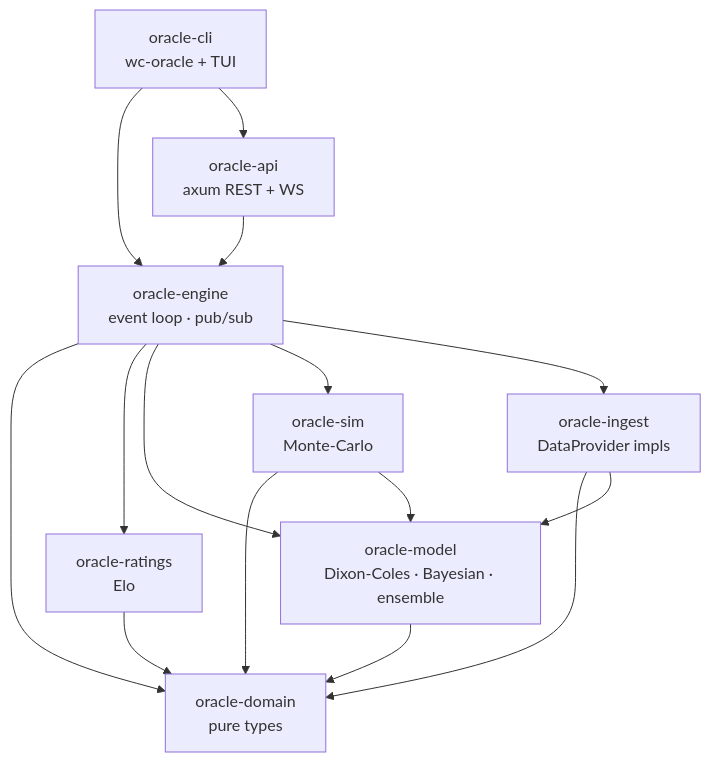
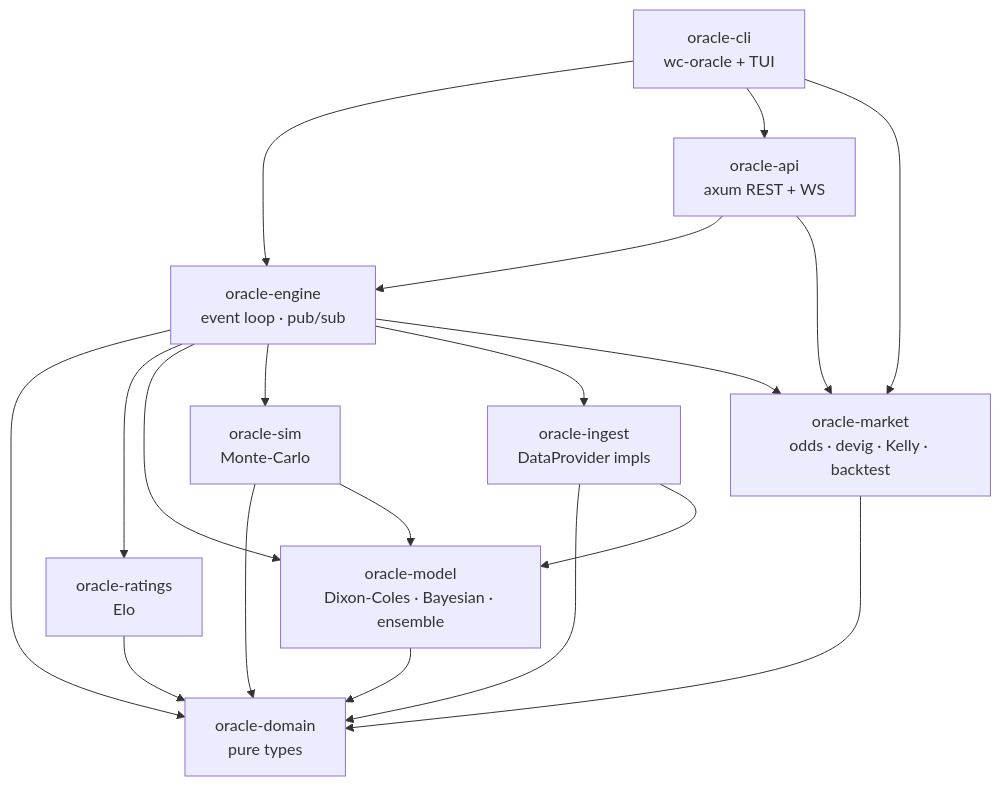
Before and after one commit to ruhan-sahasi/worldcup-oracle: the first of 2 diagrams in docs/ARCHITECTURE.md, drawn with Mermaid. The commit also changed other lines of this file and 2 other files, not shown here.

First line of the commit message:
Document the market-intelligence subsystem (12/12: market intelligence)

````diff
--- a/docs/ARCHITECTURE.md
+++ b/docs/ARCHITECTURE.md
@@ -9,26 +9,31 @@
 ```mermaid
 graph TD
     domain[oracle-domain<br/>pure types]
     ratings[oracle-ratings<br/>Elo]
     model[oracle-model<br/>Dixon-Coles · Bayesian · ensemble]
     sim[oracle-sim<br/>Monte-Carlo]
     ingest[oracle-ingest<br/>DataProvider impls]
+    market[oracle-market<br/>odds · devig · Kelly · backtest]
     engine[oracle-engine<br/>event loop · pub/sub]
     api[oracle-api<br/>axum REST + WS]
     cli[oracle-cli<br/>wc-oracle + TUI]
 
     ratings --> domain
     model --> domain
     sim --> domain
     sim --> model
     ingest --> domain
     ingest --> model
+    market --> domain
     engine --> domain
     engine --> ratings
     engine --> model
     engine --> sim
     engine --> ingest
+    engine --> market
     api --> engine
+    api --> market
     cli --> engine
     cli --> api
+    cli --> market
 ```
````
